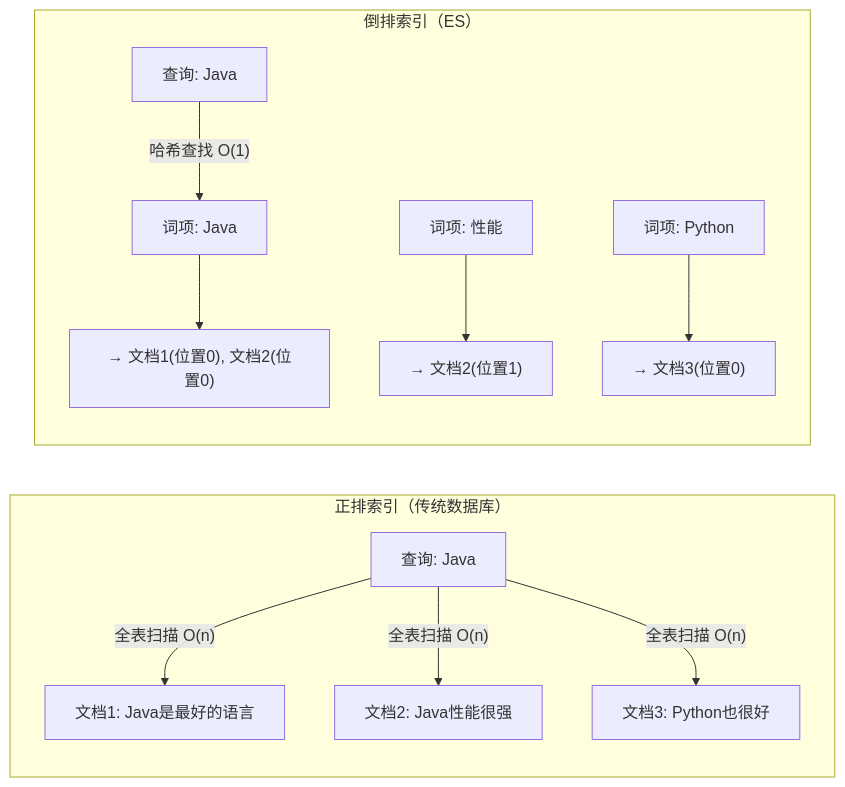
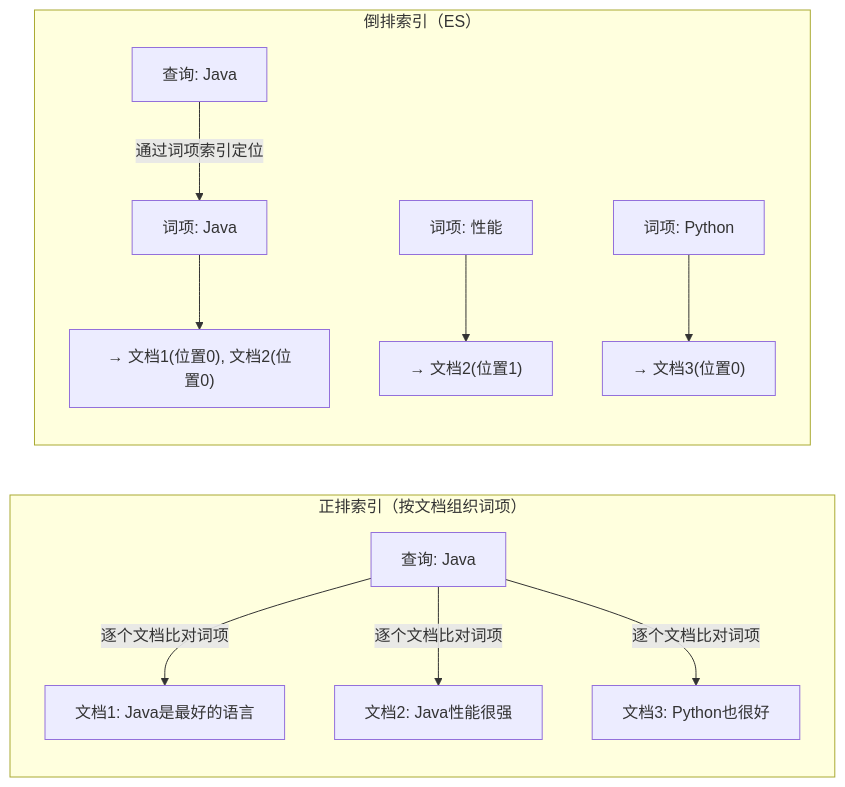
The first of 5 diagrams in docs/elasticsearch/02-indexing/chapter-06-inverted-index.md (b1tzer/the-stack), drawn with Mermaid before and after one commit. The commit also changed other lines of this file and 5 other files, not shown here.

````diff
--- a/docs/elasticsearch/02-indexing/chapter-06-inverted-index.md
+++ b/docs/elasticsearch/02-indexing/chapter-06-inverted-index.md
@@ -20,18 +20,18 @@
 ```mermaid
 flowchart LR
-    subgraph "正排索引（传统数据库）"
+    subgraph "正排索引（按文档组织词项）"
         D1["文档1: Java是最好的语言"]
         D2["文档2: Java性能很强"]
         D3["文档3: Python也很好"]
-        Q1["查询: Java"] -->|"全表扫描 O(n)"| D1
-        Q1 -->|"全表扫描 O(n)"| D2
-        Q1 -->|"全表扫描 O(n)"| D3
+        Q1["查询: Java"] -->|"逐个文档比对词项"| D1
+        Q1 -->|"逐个文档比对词项"| D2
+        Q1 -->|"逐个文档比对词项"| D3
     end
 
     subgraph "倒排索引（ES）"
         T1["词项: Java"] --> DL1["→ 文档1(位置0), 文档2(位置0)"]
         T2["词项: 性能"] --> DL2["→ 文档2(位置1)"]
         T3["词项: Python"] --> DL3["→ 文档3(位置0)"]
-        Q2["查询: Java"] -->|"哈希查找 O(1)"| T1
+        Q2["查询: Java"] -->|"通过词项索引定位"| T1
     end
 ```
````
